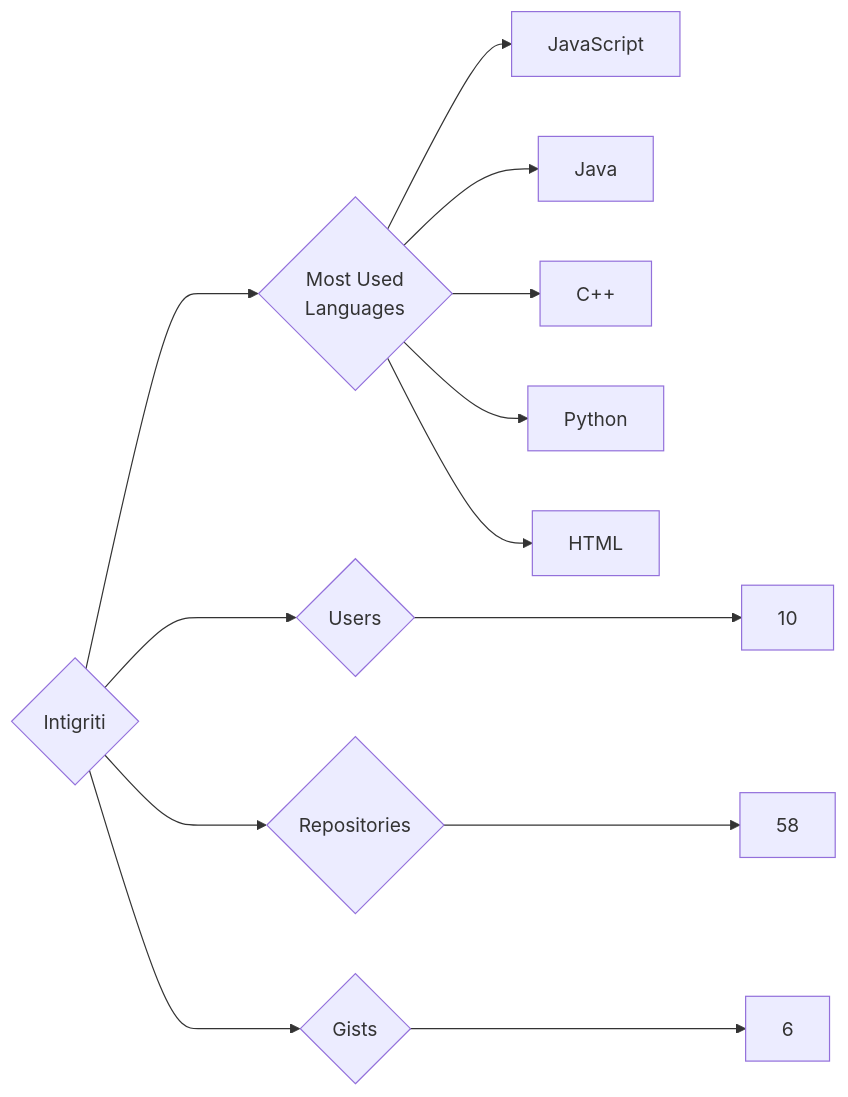
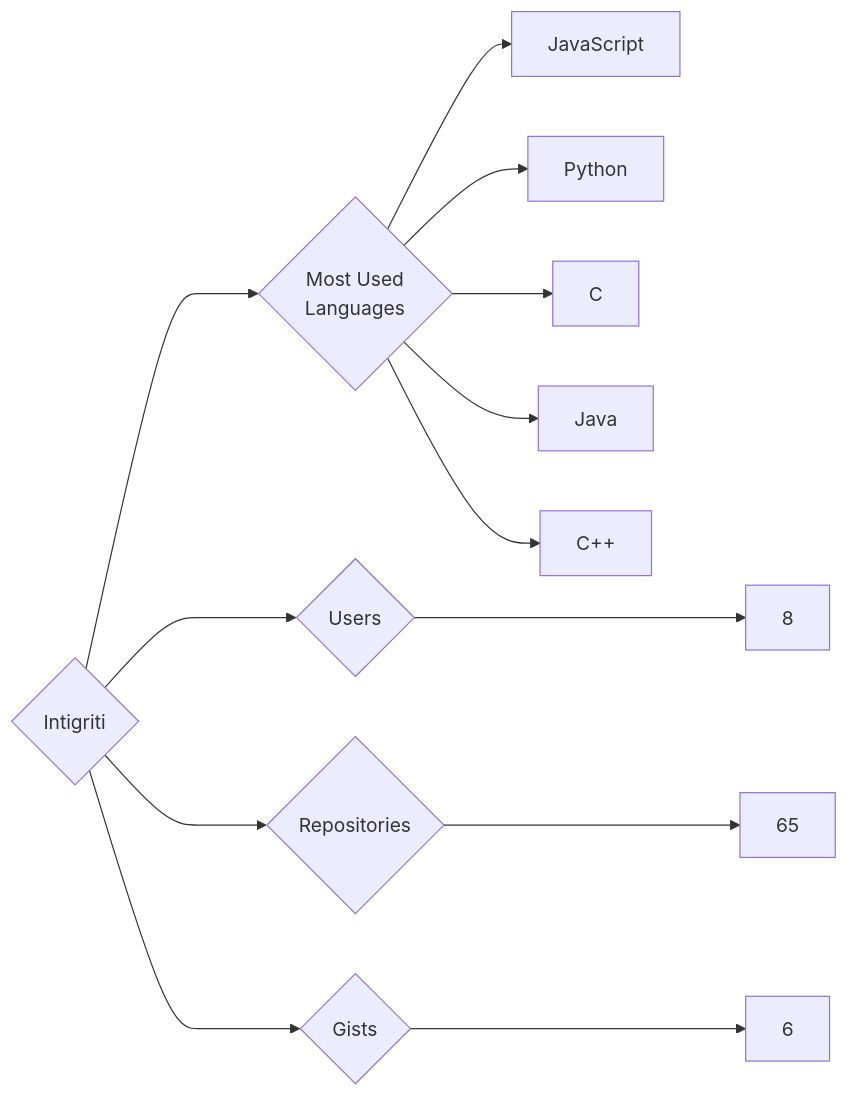
Before and after one commit to trickest/insiders: the diagram in targets/Intigriti/README.md, drawn with Mermaid. The commit also changed 644 other files, not shown here.

````diff
--- a/targets/Intigriti/README.md
+++ b/targets/Intigriti/README.md
@@ -3,13 +3,13 @@
 ```mermaid
 graph LR
 COMPANY_NAME{Intigriti}
-COMPANY_NAME ---> U{Users} ---> UN[10]
-COMPANY_NAME ---> R{Repositories} ---> RN[58]
+COMPANY_NAME ---> U{Users} ---> UN[8]
+COMPANY_NAME ---> R{Repositories} ---> RN[65]
 COMPANY_NAME ---> G{Gists} ---> GN[6]
 COMPANY_NAME ---> ML{Most Used<br>Languages}
 ML --> JavaScript[JavaScript]
+ML --> Python[Python]
+ML --> C[C]
 ML --> Java[Java]
 ML --> C++[C++]
-ML --> Python[Python]
-ML --> HTML[HTML]
 ```
````
